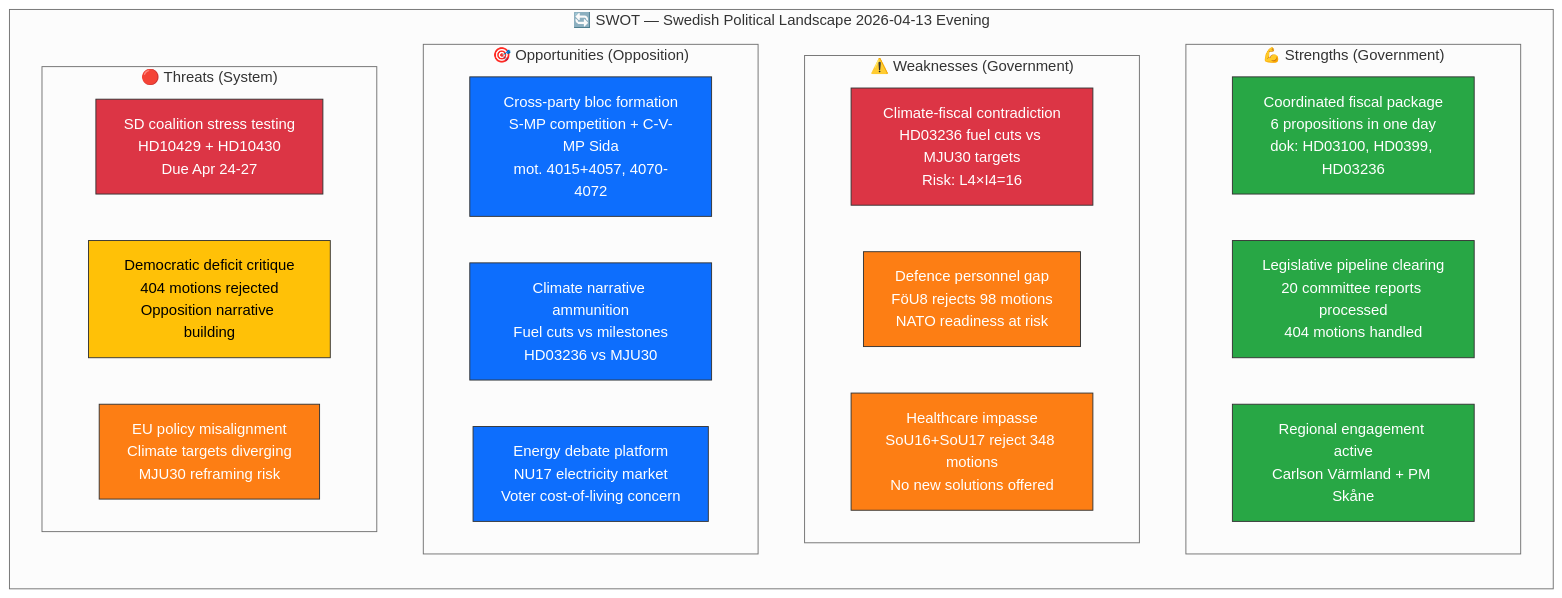
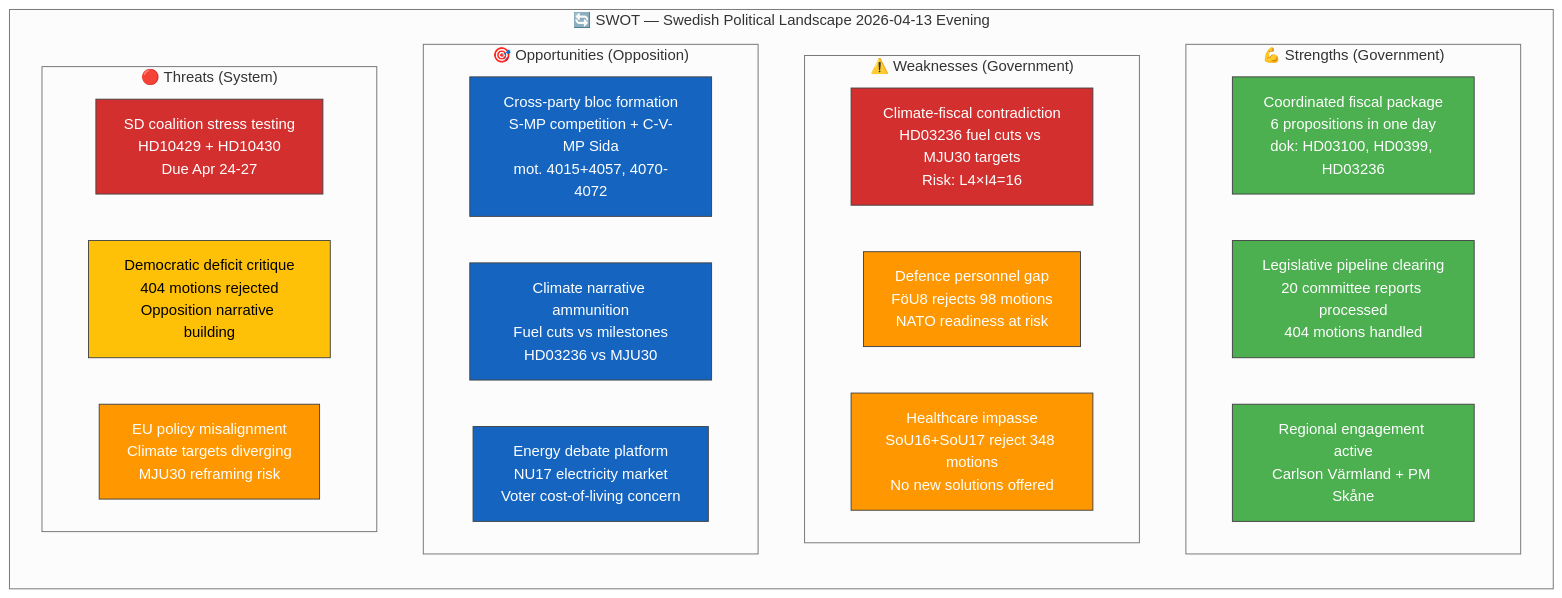
The diagram in analysis/daily/2026-04-13/evening-analysis-2/swot-analysis.md (Hack23/riksdagsmonitor), drawn with Mermaid (neutral theme) before and after one commit. The commit also changed 785 other files, not shown here.

First line of the commit message:
Normalize mermaid colors across 786 analysis artifacts to ISMS Style Guide palette

````diff
--- a/analysis/daily/2026-04-13/evening-analysis-2/swot-analysis.md
+++ b/analysis/daily/2026-04-13/evening-analysis-2/swot-analysis.md
@@ -15,38 +15,38 @@
 ```mermaid
 graph TD
     subgraph "🔄 SWOT — Swedish Political Landscape 2026-04-13 Evening"
         direction TB
         subgraph S["💪 Strengths (Government)"]
             S1["Coordinated fiscal package<br/>6 propositions in one day<br/>dok: HD03100, HD0399, HD03236"]
             S2["Legislative pipeline clearing<br/>20 committee reports processed<br/>404 motions handled"]
             S3["Regional engagement active<br/>Carlson Värmland + PM Skåne"]
         end
         subgraph W["⚠️ Weaknesses (Government)"]
             W1["Climate-fiscal contradiction<br/>HD03236 fuel cuts vs MJU30 targets<br/>Risk: L4×I4=16"]
             W2["Defence personnel gap<br/>FöU8 rejects 98 motions<br/>NATO readiness at risk"]
             W3["Healthcare impasse<br/>SoU16+SoU17 reject 348 motions<br/>No new solutions offered"]
         end
         subgraph O["🎯 Opportunities (Opposition)"]
             O1["Cross-party bloc formation<br/>S-MP competition + C-V-MP Sida<br/>mot. 4015+4057, 4070-4072"]
             O2["Climate narrative ammunition<br/>Fuel cuts vs milestones<br/>HD03236 vs MJU30"]
             O3["Energy debate platform<br/>NU17 electricity market<br/>Voter cost-of-living concern"]
         end
         subgraph T["🔴 Threats (System)"]
             T1["SD coalition stress testing<br/>HD10429 + HD10430<br/>Due Apr 24-27"]
             T2["Democratic deficit critique<br/>404 motions rejected<br/>Opposition narrative building"]
             T3["EU policy misalignment<br/>Climate targets diverging<br/>MJU30 reframing risk"]
         end
     end
-    style S1 fill:#28a745,stroke:#333,color:#fff
-    style S2 fill:#28a745,stroke:#333,color:#fff
-    style S3 fill:#28a745,stroke:#333,color:#fff
-    style W1 fill:#dc3545,stroke:#333,color:#fff
-    style W2 fill:#fd7e14,stroke:#333,color:#fff
-    style W3 fill:#fd7e14,stroke:#333,color:#fff
-    style O1 fill:#0d6efd,stroke:#333,color:#fff
-    style O2 fill:#0d6efd,stroke:#333,color:#fff
-    style O3 fill:#0d6efd,stroke:#333,color:#fff
-    style T1 fill:#dc3545,stroke:#333,color:#fff
-    style T2 fill:#ffc107,stroke:#333,color:#000
-    style T3 fill:#fd7e14,stroke:#333,color:#fff
+    style S1 fill:#4CAF50,stroke:#424242,color:#FFFFFF
+    style S2 fill:#4CAF50,stroke:#424242,color:#FFFFFF
+    style S3 fill:#4CAF50,stroke:#424242,color:#FFFFFF
+    style W1 fill:#D32F2F,stroke:#424242,color:#FFFFFF
+    style W2 fill:#FF9800,stroke:#424242,color:#FFFFFF
+    style W3 fill:#FF9800,stroke:#424242,color:#FFFFFF
+    style O1 fill:#1565C0,stroke:#424242,color:#FFFFFF
+    style O2 fill:#1565C0,stroke:#424242,color:#FFFFFF
+    style O3 fill:#1565C0,stroke:#424242,color:#FFFFFF
+    style T1 fill:#D32F2F,stroke:#424242,color:#FFFFFF
+    style T2 fill:#FFC107,stroke:#424242,color:#000000
+    style T3 fill:#FF9800,stroke:#424242,color:#FFFFFF
 ```
````
